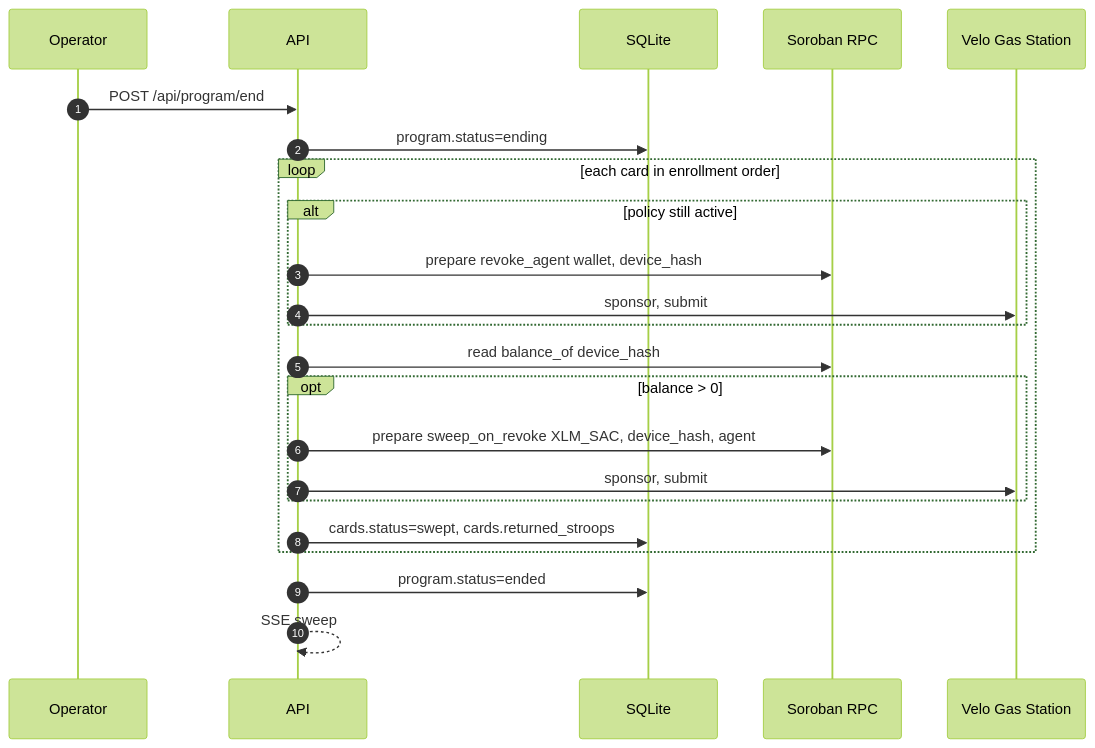
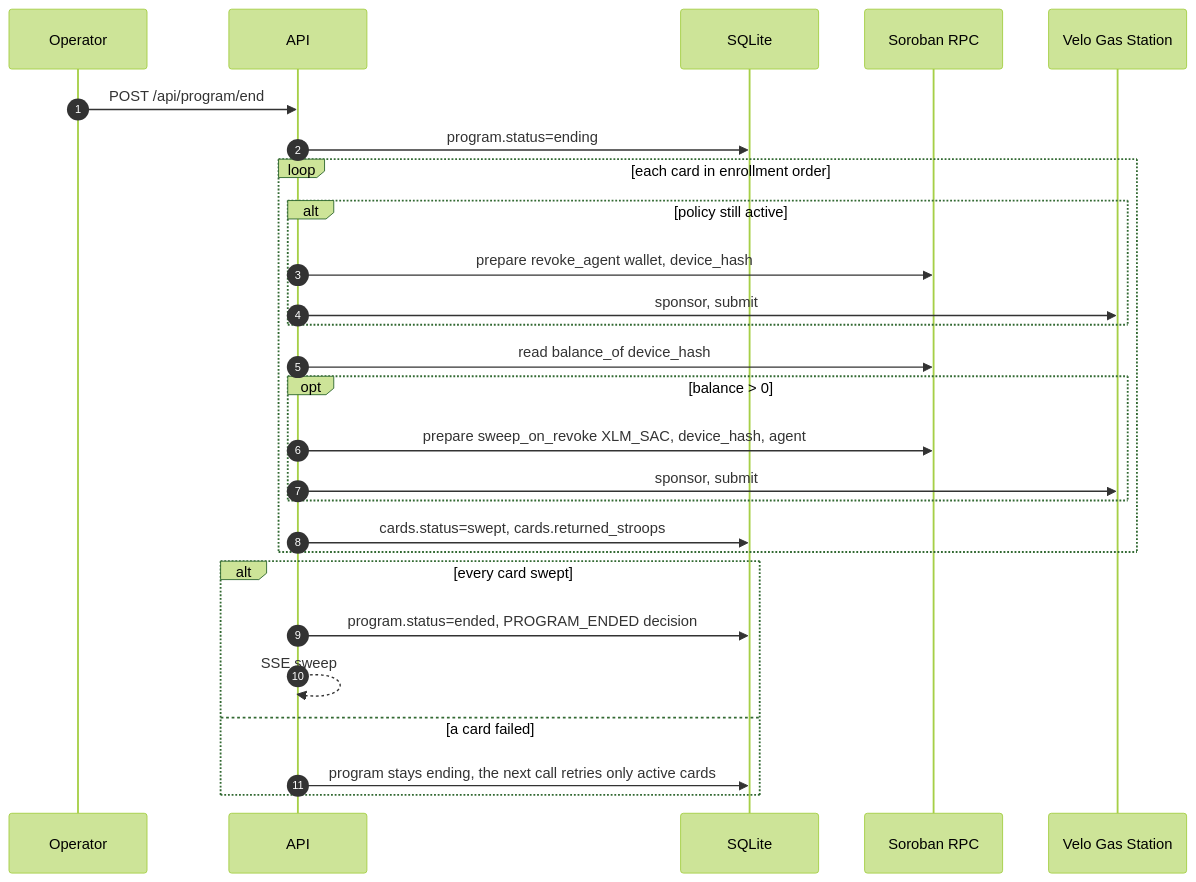
The seventh of 7 diagrams in docs/system-design.md (Jimuelle07/TAPat), drawn with Mermaid (forest theme) before and after one commit. The commit also changed other lines of this file and 14 other files, not shown here.

````diff
--- a/docs/system-design.md
+++ b/docs/system-design.md
@@ -450,26 +451,30 @@
 ```mermaid
 sequenceDiagram
     autonumber
     participant Op as Operator
     participant API as API
     participant DB as SQLite
     participant RPC as Soroban RPC
     participant Gas as Velo Gas Station
 
     Op->>API: POST /api/program/end
     API->>DB: program.status=ending
     loop each card in enrollment order
         alt policy still active
             API->>RPC: prepare revoke_agent wallet, device_hash
             API->>Gas: sponsor, submit
         end
         API->>RPC: read balance_of device_hash
         opt balance > 0
             API->>RPC: prepare sweep_on_revoke XLM_SAC, device_hash, agent
             API->>Gas: sponsor, submit
         end
         API->>DB: cards.status=swept, cards.returned_stroops
     end
-    API->>DB: program.status=ended
-    API-->>API: SSE sweep
+    alt every card swept
+        API->>DB: program.status=ended, PROGRAM_ENDED decision
+        API-->>API: SSE sweep
+    else a card failed
+        API->>DB: program stays ending, the next call retries only active cards
+    end
 ```
````
